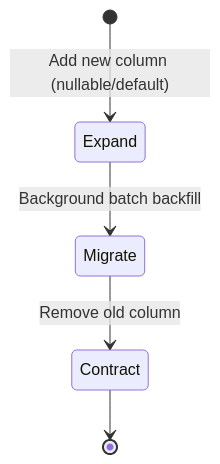
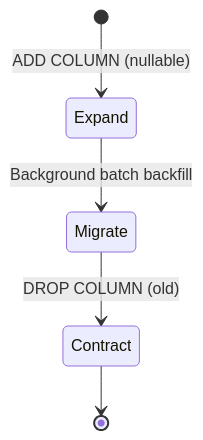
Before and after one commit to granit-fx/granit-dotnet: the second of 2 diagrams in docs-site/src/content/docs/dotnet/data/migrations.mdx, drawn with Mermaid. The commit also changed other lines of this file, not shown here.

First line of the commit message:
docs(migrations): document Granit.Persistence.Hosting and --migrate CLI mode

````diff
--- a/docs-site/src/content/docs/dotnet/data/migrations.mdx
+++ b/docs-site/src/content/docs/dotnet/data/migrations.mdx
@@ -154,7 +426,7 @@
 ```mermaid
 stateDiagram-v2
-    [*] --> Expand: Add new column (nullable/default)
+    [*] --> Expand: ADD COLUMN (nullable)
     Expand --> Migrate: Background batch backfill
-    Migrate --> Contract: Remove old column
+    Migrate --> Contract: DROP COLUMN (old)
     Contract --> [*]
 ```
````
